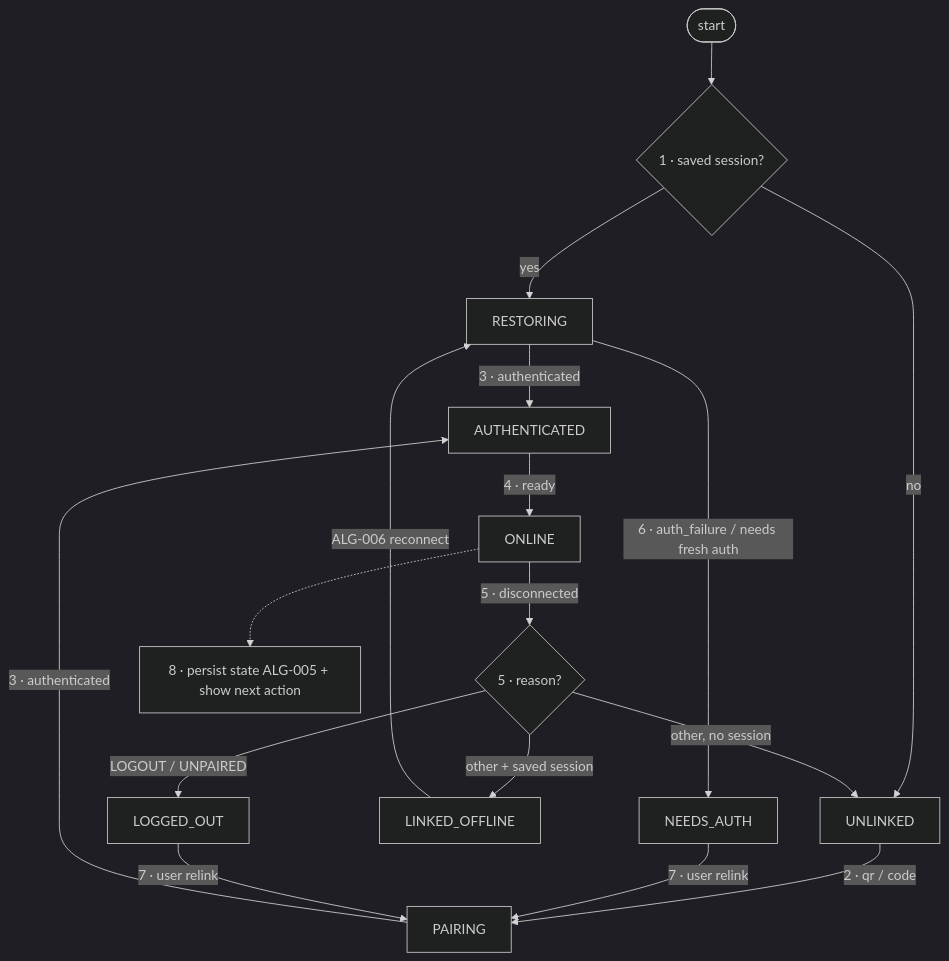
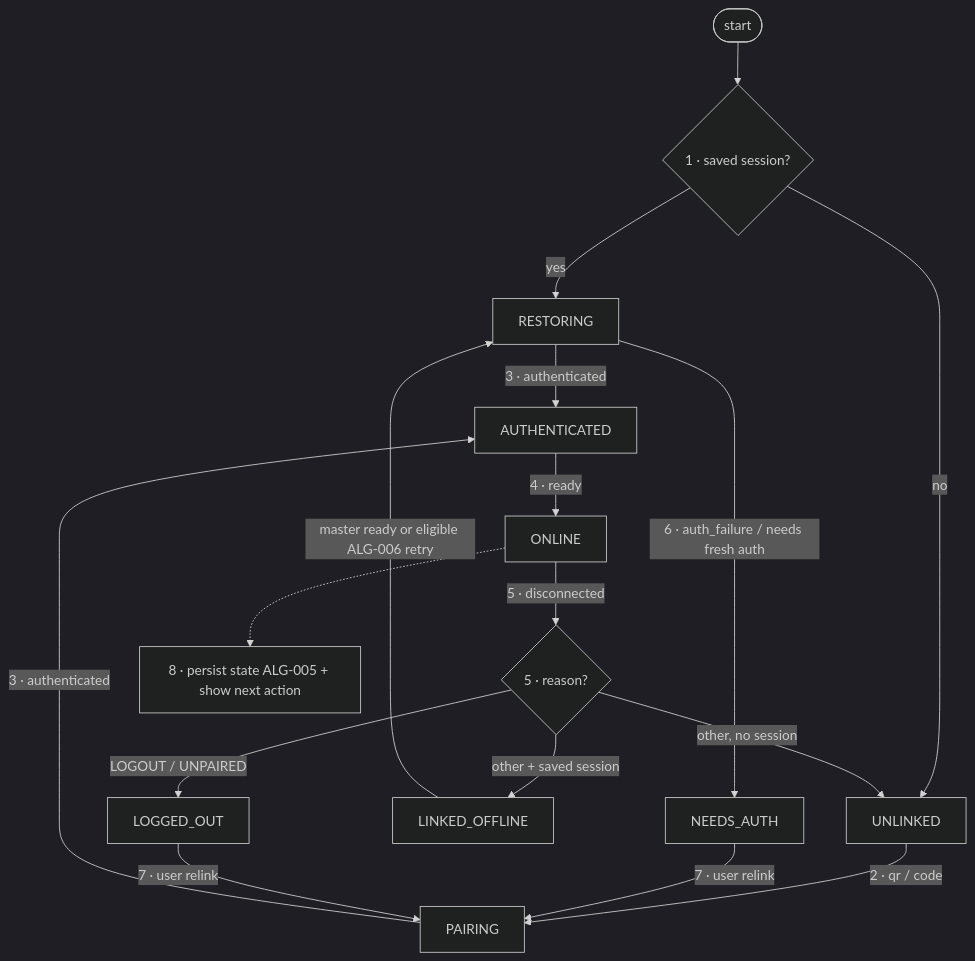
Before and after one commit to arslan9024/whatsapp-bot-linda: the diagram in docs/plans/04-flowcharts/FC-002-connection-state-machine.md, drawn with Mermaid (dark theme). The commit also changed other lines of this file and 17 other files, not shown here.

````diff
--- a/docs/plans/04-flowcharts/FC-002-connection-state-machine.md
+++ b/docs/plans/04-flowcharts/FC-002-connection-state-machine.md
@@ -10,19 +14,19 @@
 ```mermaid
 flowchart TD
   S([start]) --> A1{"1 · saved session?"}
   A1 -- yes --> RESTORING
   A1 -- no --> UNLINKED
   UNLINKED -- "2 · qr / code" --> PAIRING
   RESTORING -- "3 · authenticated" --> AUTHENTICATED
   PAIRING -- "3 · authenticated" --> AUTHENTICATED
   AUTHENTICATED -- "4 · ready" --> ONLINE
   ONLINE -- "5 · disconnected" --> D{"5 · reason?"}
   D -- "LOGOUT / UNPAIRED" --> LOGGED_OUT
   D -- "other + saved session" --> LINKED_OFFLINE
   D -- "other, no session" --> UNLINKED
   RESTORING -- "6 · auth_failure / needs fresh auth" --> NEEDS_AUTH
   NEEDS_AUTH -- "7 · user relink" --> PAIRING
   LOGGED_OUT -- "7 · user relink" --> PAIRING
-  LINKED_OFFLINE -- "ALG-006 reconnect" --> RESTORING
+  LINKED_OFFLINE -- "master ready or eligible ALG-006 retry" --> RESTORING
   ONLINE -.-> P["8 · persist state ALG-005 + show next action"]
 ```
````
